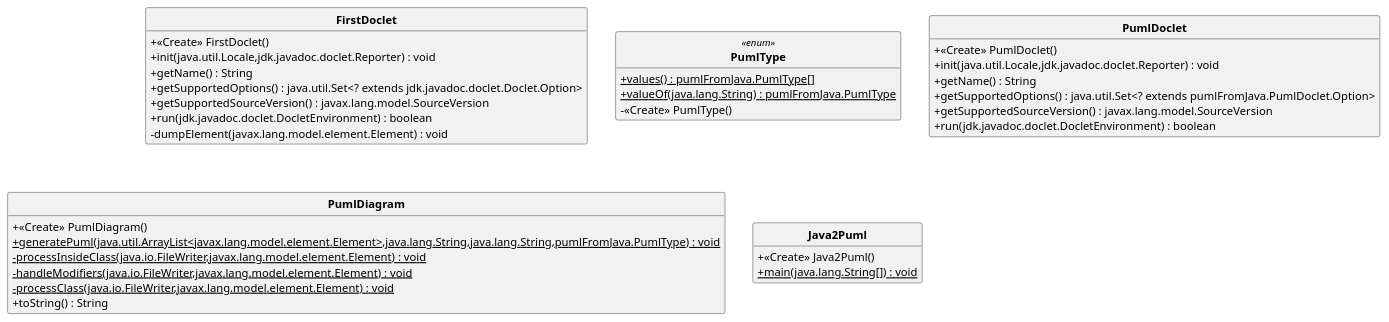
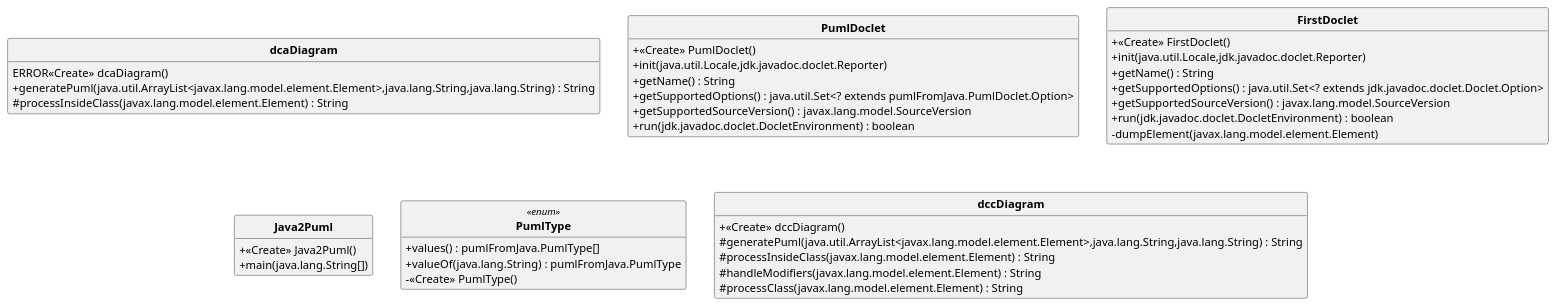
One commit to yassinkioua/Projet-PumlFromJava changed the diagram in uml/pumlFromJava.puml. Above: the diagram before and after it, drawn with PlantUML. The commit also changed 10 other files, not shown here.

Commit message:
Maj diagramme

```diff
--- a/uml/pumlFromJava.puml
+++ b/uml/pumlFromJava.puml
@@ -1,46 +1,51 @@
 @startuml
 'https://plantuml.com/class-diagram 
  skinparam classAttributeIconSize 0 
 skinparam classFontStyle Bold
 skinparam style strictuml
 hide empty members
-class FirstDoclet{ 
-+ <<Create>> FirstDoclet()
-+ init(java.util.Locale,jdk.javadoc.doclet.Reporter) : void
-+ getName() : String 
-+ getSupportedOptions() : java.util.Set<? extends jdk.javadoc.doclet.Doclet.Option>
-+ getSupportedSourceVersion() : javax.lang.model.SourceVersion
-+ run(jdk.javadoc.doclet.DocletEnvironment) : boolean
-- dumpElement(javax.lang.model.element.Element) : void
-
- } 
-enum PumlType <<enum>> { 
-+ {static} values() : pumlFromJava.PumlType[]
-+ {static} valueOf(java.lang.String) : pumlFromJava.PumlType
-- <<Create>> PumlType()
+class dcaDiagram{ 
+ERROR<<Create>> dcaDiagram()
++ generatePuml(java.util.ArrayList<javax.lang.model.element.Element>,java.lang.String,java.lang.String) : String 
+# processInsideClass(javax.lang.model.element.Element) : String 
 
  } 
 class PumlDoclet{ 
 + <<Create>> PumlDoclet()
-+ init(java.util.Locale,jdk.javadoc.doclet.Reporter) : void
++ init(java.util.Locale,jdk.javadoc.doclet.Reporter)
 + getName() : String 
 + getSupportedOptions() : java.util.Set<? extends pumlFromJava.PumlDoclet.Option>
 + getSupportedSourceVersion() : javax.lang.model.SourceVersion
 + run(jdk.javadoc.doclet.DocletEnvironment) : boolean
 
  } 
-class PumlDiagram{ 
-+ <<Create>> PumlDiagram()
-+ {static} generatePuml(java.util.ArrayList<javax.lang.model.element.Element>,java.lang.String,java.lang.String,pumlFromJava.PumlType) : void
-- {static} processInsideClass(java.io.FileWriter,javax.lang.model.element.Element) : void
-- {static} handleModifiers(java.io.FileWriter,javax.lang.model.element.Element) : void
-- {static} processClass(java.io.FileWriter,javax.lang.model.element.Element) : void
-+ toString() : String 
+class FirstDoclet{ 
++ <<Create>> FirstDoclet()
++ init(java.util.Locale,jdk.javadoc.doclet.Reporter)
++ getName() : String 
++ getSupportedOptions() : java.util.Set<? extends jdk.javadoc.doclet.Doclet.Option>
++ getSupportedSourceVersion() : javax.lang.model.SourceVersion
++ run(jdk.javadoc.doclet.DocletEnvironment) : boolean
+- dumpElement(javax.lang.model.element.Element)
 
  } 
 class Java2Puml{ 
 + <<Create>> Java2Puml()
-+ {static} main(java.lang.String[]) : void
++ main(java.lang.String[])
+
+ } 
+enum PumlType <<enum>> { 
++ values() : pumlFromJava.PumlType[]
++ valueOf(java.lang.String) : pumlFromJava.PumlType
+- <<Create>> PumlType()
+
+ } 
+class dccDiagram{ 
++ <<Create>> dccDiagram()
+# generatePuml(java.util.ArrayList<javax.lang.model.element.Element>,java.lang.String,java.lang.String) : String 
+# processInsideClass(javax.lang.model.element.Element) : String 
+# handleModifiers(javax.lang.model.element.Element) : String 
+# processClass(javax.lang.model.element.Element) : String 
 
  } 
 @enduml
```
